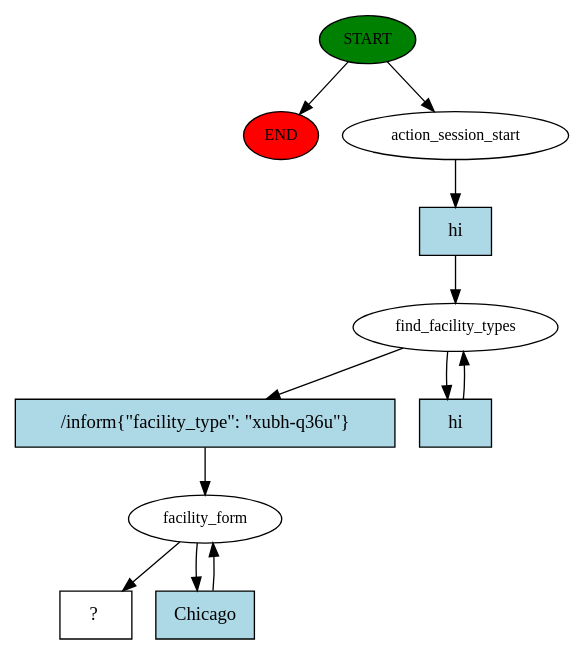
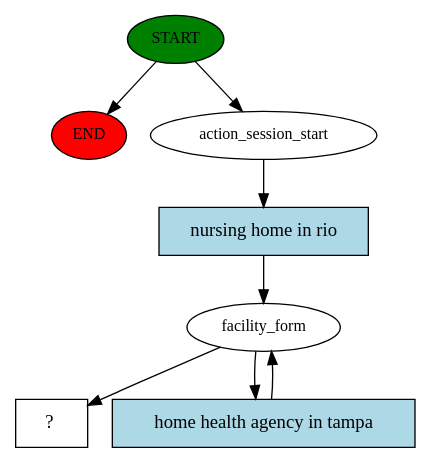
The diagram in story_graph.dot (vidushi-agarwal/rasa_self_tutorial), drawn with Graphviz before and after one commit. The commit also changed 8 other files, not shown here.

Commit message:
added case sensitivity and facility codes in facility types

```diff
--- a/story_graph.dot
+++ b/story_graph.dot
@@ -1,23 +1,16 @@
 digraph  {
 0 [class="start active", fillcolor=green, fontsize=12, label=START, style=filled];
 "-1" [class=end, fillcolor=red, fontsize=12, label=END, style=filled];
 1 [class=active, fontsize=12, label=action_session_start];
-2 [class=active, fontsize=12, label=find_facility_types];
-4 [class=active, fontsize=12, label=facility_form];
-6 [class="intent dashed active", label="  ?  ", shape=rect];
-7 [class="intent active", fillcolor=lightblue, label=hi, shape=rect, style=filled];
-8 [class="intent active", fillcolor=lightblue, label="/inform{\"facility_type\": \"xubh-q36u\"}", shape=rect, style=filled];
-9 [class="intent active", fillcolor=lightblue, label=hi, shape=rect, style=filled];
-10 [class="intent active", fillcolor=lightblue, label=Chicago, shape=rect, style=filled];
+2 [class=active, fontsize=12, label=facility_form];
+4 [class="intent dashed active", label="  ?  ", shape=rect];
+5 [class="intent active", fillcolor=lightblue, label="nursing home in rio", shape=rect, style=filled];
+6 [class="intent active", fillcolor=lightblue, label="home health agency in tampa", shape=rect, style=filled];
 0 -> "-1"  [class="", key=NONE, label=""];
 0 -> 1  [class=active, key=NONE, label=""];
-1 -> 7  [class=active, key=0];
-2 -> 8  [class=active, key=0];
-2 -> 9  [class=active, key=0];
-4 -> 6  [class=active, key=NONE, label=""];
-4 -> 10  [class=active, key=0];
-7 -> 2  [class=active, key=0];
-8 -> 4  [class=active, key=0];
-9 -> 2  [class=active, key=0];
-10 -> 4  [class=active, key=0];
+1 -> 5  [class=active, key=0];
+2 -> 4  [class=active, key=NONE, label=""];
+2 -> 6  [class=active, key=0];
+5 -> 2  [class=active, key=0];
+6 -> 2  [class=active, key=0];
 }
```
